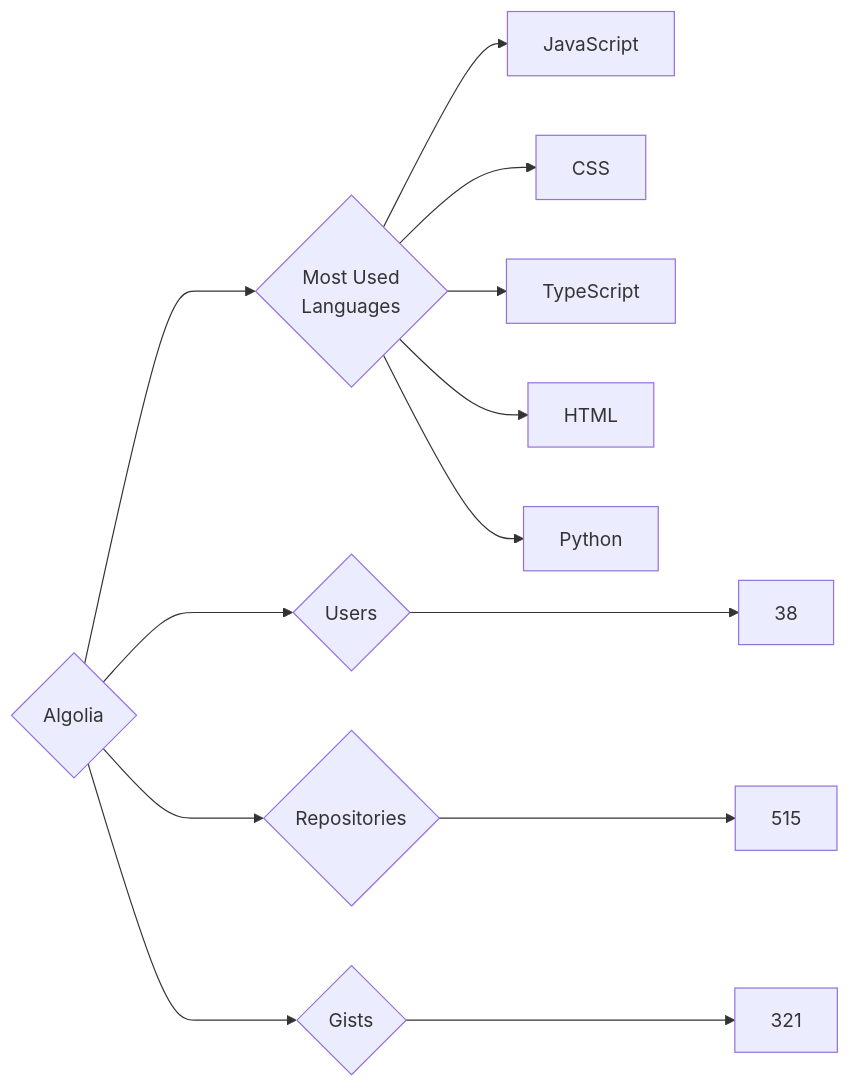
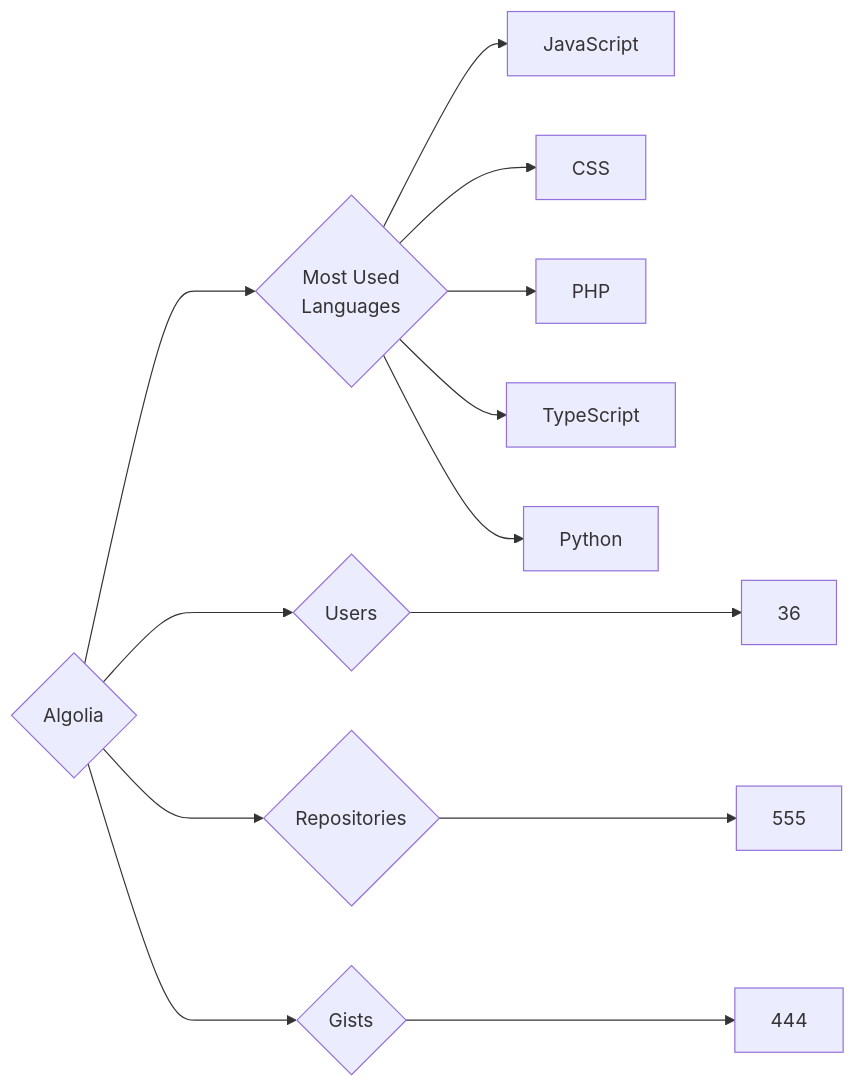
One commit to trickest/insiders changed the diagram in targets/Algolia/README.md. Above: the diagram before and after it, drawn with Mermaid. The commit also changed 1238 other files, not shown here.

````diff
--- a/targets/Algolia/README.md
+++ b/targets/Algolia/README.md
@@ -3,13 +3,13 @@
 ```mermaid
 graph LR
 COMPANY_NAME{Algolia}
-COMPANY_NAME ---> U{Users} ---> UN[38]
-COMPANY_NAME ---> R{Repositories} ---> RN[515]
-COMPANY_NAME ---> G{Gists} ---> GN[321]
+COMPANY_NAME ---> U{Users} ---> UN[36]
+COMPANY_NAME ---> R{Repositories} ---> RN[555]
+COMPANY_NAME ---> G{Gists} ---> GN[444]
 COMPANY_NAME ---> ML{Most Used<br>Languages}
 ML --> JavaScript[JavaScript]
 ML --> CSS[CSS]
+ML --> PHP[PHP]
 ML --> TypeScript[TypeScript]
-ML --> HTML[HTML]
 ML --> Python[Python]
 ```
````
